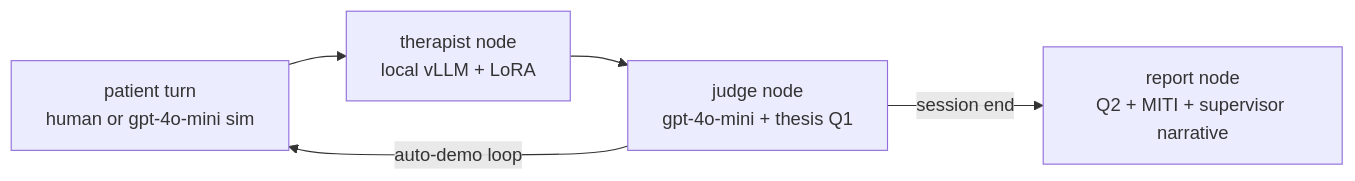
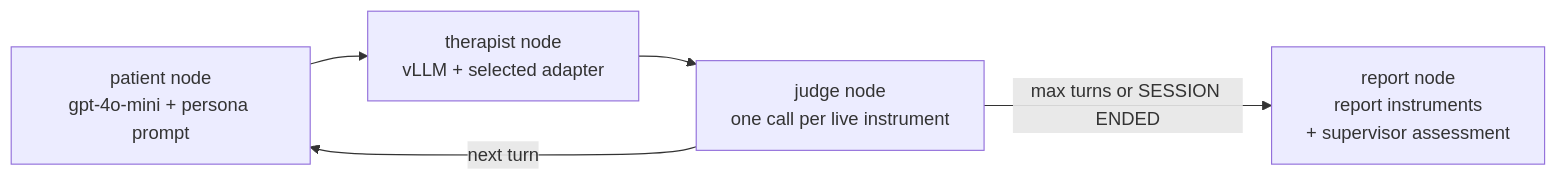
One commit to Lior-Baruch/MI-Coach changed the second of 3 diagrams in README.md. Above: the diagram before and after it, drawn with Mermaid. The commit also changed other lines of this file and 7 other files, not shown here.

First line of the commit message:
docs: README overhaul — feature-tour GIFs, architecture diagrams, high+low-level guide

````diff
--- a/README.md
+++ b/README.md
@@ -30,7 +114,7 @@
 ```mermaid
-graph LR
-    P[patient turn<br/>human or gpt-4o-mini sim] --> T[therapist node<br/>local vLLM + LoRA]
-    T --> J[judge node<br/>gpt-4o-mini + thesis Q1]
-    J -->|auto-demo loop| P
-    J -->|session end| R[report node<br/>Q2 + MITI + supervisor narrative]
+flowchart LR
+    P["patient node<br/>gpt-4o-mini + persona prompt"] --> T["therapist node<br/>vLLM + selected adapter"]
+    T --> J["judge node<br/>one call per live instrument"]
+    J -- "next turn" --> P
+    J -- "max turns or SESSION ENDED" --> R["report node<br/>report instruments<br/>+ supervisor assessment"]
 ```
````
